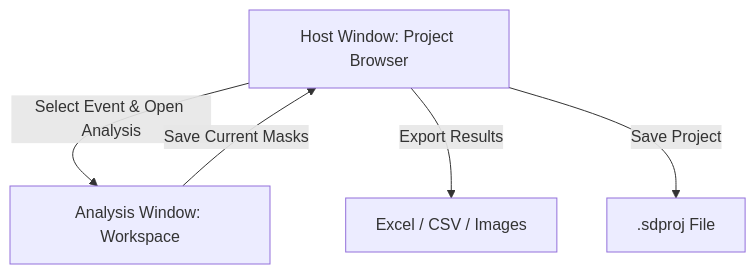
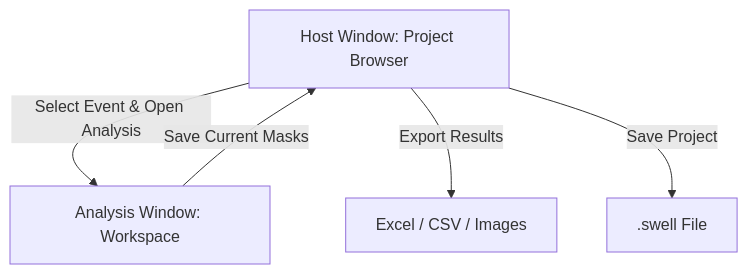
One commit to ParrishLab/Swell changed the diagram in docs/index.md. Above: the diagram before and after it, drawn with Mermaid. The commit also changed other lines of this file and 607 other files, not shown here.

````diff
--- a/docs/index.md
+++ b/docs/index.md
@@ -9,7 +9,7 @@
 ```mermaid
 graph TD
     A[Host Window: Project Browser] -->|Select Event & Open Analysis| B[Analysis Window: Workspace]
     B -->|Save Current Masks| A
     A -->|Export Results| C[Excel / CSV / Images]
-    A -->|Save Project| D[.sdproj File]
+    A -->|Save Project| D[.swell File]
 ```
````
